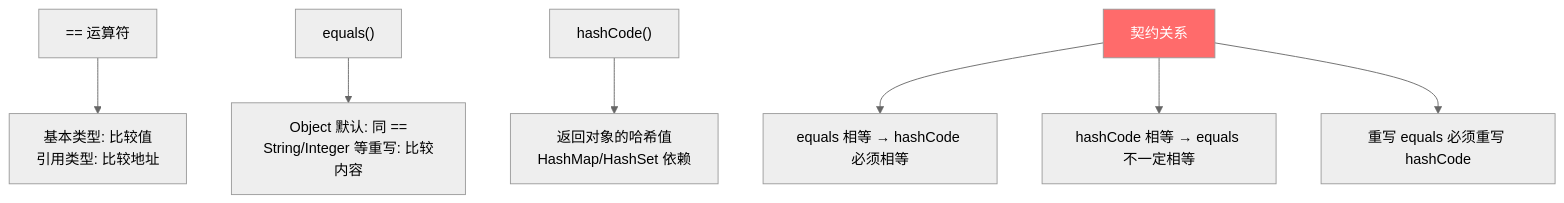
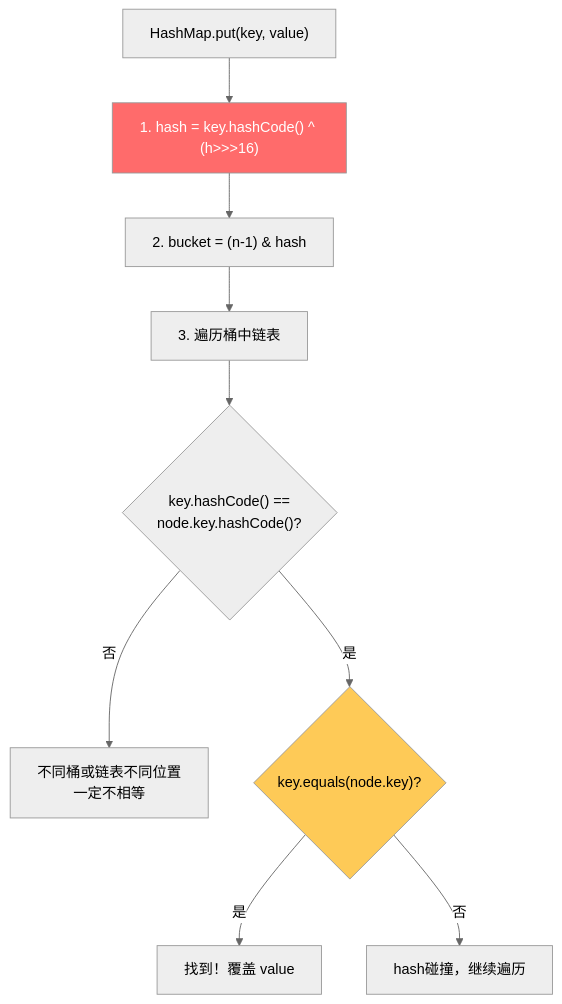
Before and after one commit to qigao0787-ops/gq-test: the seventh of 24 diagrams in document/strengthen/Java基础面试总结_增强版.md, drawn with Mermaid (neutral theme). The commit also changed other lines of this file, not shown here.

````diff
--- a/document/strengthen/Java基础面试总结_增强版.md
+++ b/document/strengthen/Java基础面试总结_增强版.md
@@ -376,12 +553,14 @@
 ```mermaid
 flowchart TD
-    A["== 运算符"] --> B["基本类型: 比较值<br/>引用类型: 比较地址"]
-    C["equals()"] --> D["Object 默认: 同 ==<br/>String/Integer 等重写: 比较内容"]
-    E["hashCode()"] --> F["返回对象的哈希值<br/>HashMap/HashSet 依赖"]
+    A["HashMap.put(key, value)"] --> B["1. hash = key.hashCode() ^ (h>>>16)"]
+    B --> C["2. bucket = (n-1) & hash"]
+    C --> D["3. 遍历桶中链表"]
+    D --> E{"key.hashCode() ==<br/>node.key.hashCode()?"}
+    E -->|否| F["不同桶或链表不同位置<br/>一定不相等"]
+    E -->|是| G{"key.equals(node.key)?"}
+    G -->|是| H["找到！覆盖 value"]
+    G -->|否| I["hash碰撞，继续遍历"]
 
-    G[契约关系] --> H["equals 相等 → hashCode 必须相等"]
-    G --> I["hashCode 相等 → equals 不一定相等"]
-    G --> J["重写 equals 必须重写 hashCode"]
-
-    style G fill:#ff6b6b,color:#fff
+    style B fill:#ff6b6b,color:#fff
+    style G fill:#feca57
 ```
````
